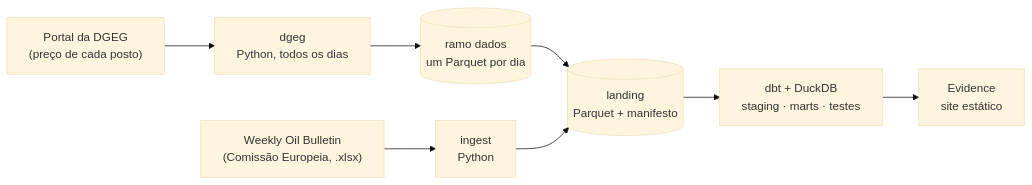
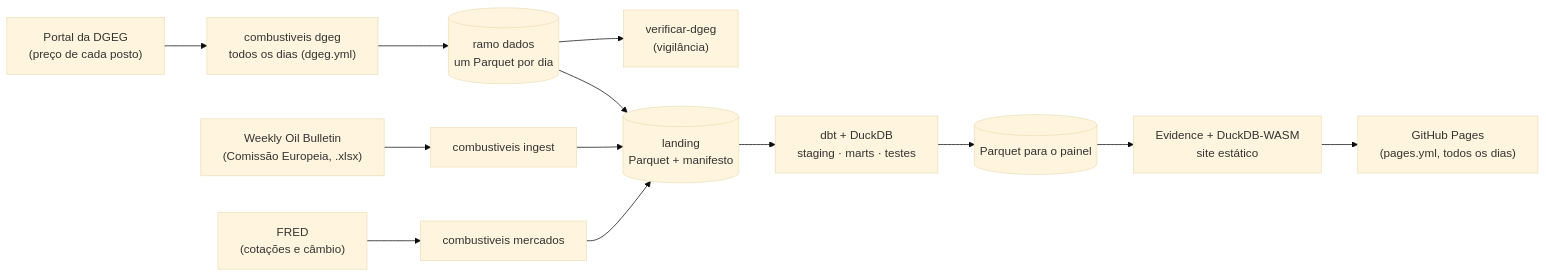
The diagram in README.md (JoseFerrao20/combustiveis-pt), drawn with Mermaid (base theme) before and after one commit. The commit also changed other lines of this file and 9 other files, not shown here.

````diff
--- a/README.md
+++ b/README.md
@@ -41,10 +56,15 @@
 ```mermaid
 flowchart LR
-  WOB["Weekly Oil Bulletin<br/>(Comissão Europeia, .xlsx)"] --> I["ingest<br/>Python"]
-  DGEG["Portal da DGEG<br/>(preço de cada posto)"] --> S["dgeg<br/>Python, todos os dias"]
+  WOB["Weekly Oil Bulletin<br/>(Comissão Europeia, .xlsx)"] --> I["combustiveis ingest"]
+  DGEG["Portal da DGEG<br/>(preço de cada posto)"] --> S["combustiveis dgeg<br/>todos os dias (dgeg.yml)"]
+  FRED["FRED<br/>(cotações e câmbio)"] --> M["combustiveis mercados"]
   S --> H[("ramo dados<br/>um Parquet por dia")]
+  H --> V["verificar-dgeg<br/>(vigilância)"]
   H --> L
   I --> L[("landing<br/>Parquet + manifesto")]
+  M --> L
   L --> D["dbt + DuckDB<br/>staging · marts · testes"]
-  D --> E["Evidence<br/>site estático"]
+  D --> R[("Parquet para o painel")]
+  R --> E["Evidence + DuckDB-WASM<br/>site estático"]
+  E --> P["GitHub Pages<br/>(pages.yml, todos os dias)"]
 ```
````
